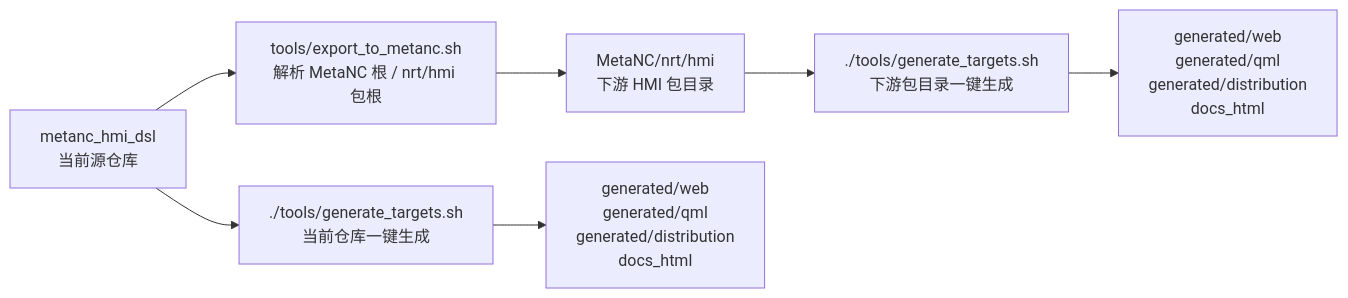
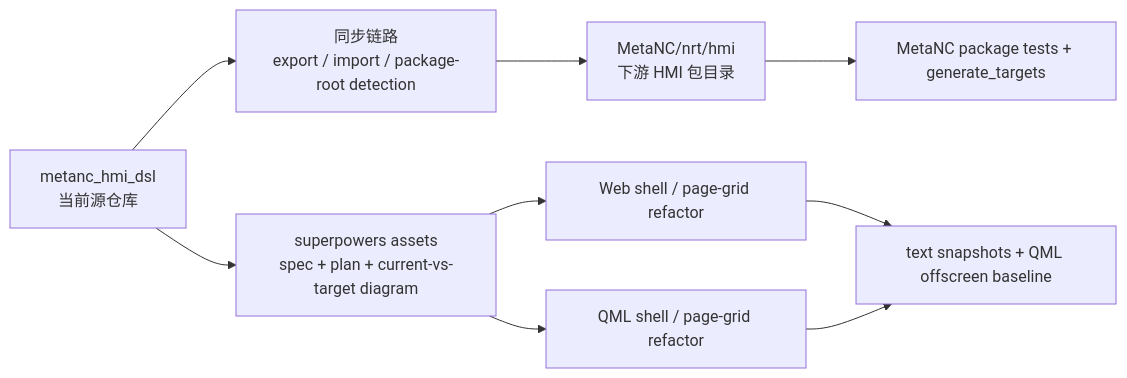
One commit to luppiterw/metanc_hmi_dsl_reports changed the first of 3 diagrams in 2026-04-17-codex-session/architecture-diagram.md. Above: the diagram before and after it, drawn with Mermaid. The commit also changed other lines of this file and 6 other files, not shown here.

````diff
--- a/2026-04-17-codex-session/architecture-diagram.md
+++ b/2026-04-17-codex-session/architecture-diagram.md
@@ -5,11 +5,13 @@
 ```mermaid
 flowchart LR
-    SRC["metanc_hmi_dsl<br/>当前源仓库"] --> EXPORT["tools/export_to_metanc.sh<br/>解析 MetaNC 根 / nrt/hmi 包根"]
-    EXPORT --> PKG["MetaNC/nrt/hmi<br/>下游 HMI 包目录"]
+    SRC["metanc_hmi_dsl<br/>当前源仓库"] --> SYNC["同步链路<br/>export / import / package-root detection"]
+    SYNC --> PKG["MetaNC/nrt/hmi<br/>下游 HMI 包目录"]
 
-    SRC --> BUILD1["./tools/generate_targets.sh<br/>当前仓库一键生成"]
-    PKG --> BUILD2["./tools/generate_targets.sh<br/>下游包目录一键生成"]
+    SRC --> SUPER["superpowers assets<br/>spec + plan + current-vs-target diagram"]
+    SUPER --> WEB["Web shell / page-grid refactor"]
+    SUPER --> QML["QML shell / page-grid refactor"]
 
-    BUILD1 --> SRC_OUT["generated/web<br/>generated/qml<br/>generated/distribution<br/>docs_html"]
-    BUILD2 --> PKG_OUT["generated/web<br/>generated/qml<br/>generated/distribution<br/>docs_html"]
+    WEB --> SNAP["text snapshots + QML offscreen baseline"]
+    QML --> SNAP
+    PKG --> VERIFY["MetaNC package tests + generate_targets"]
 ```
````
